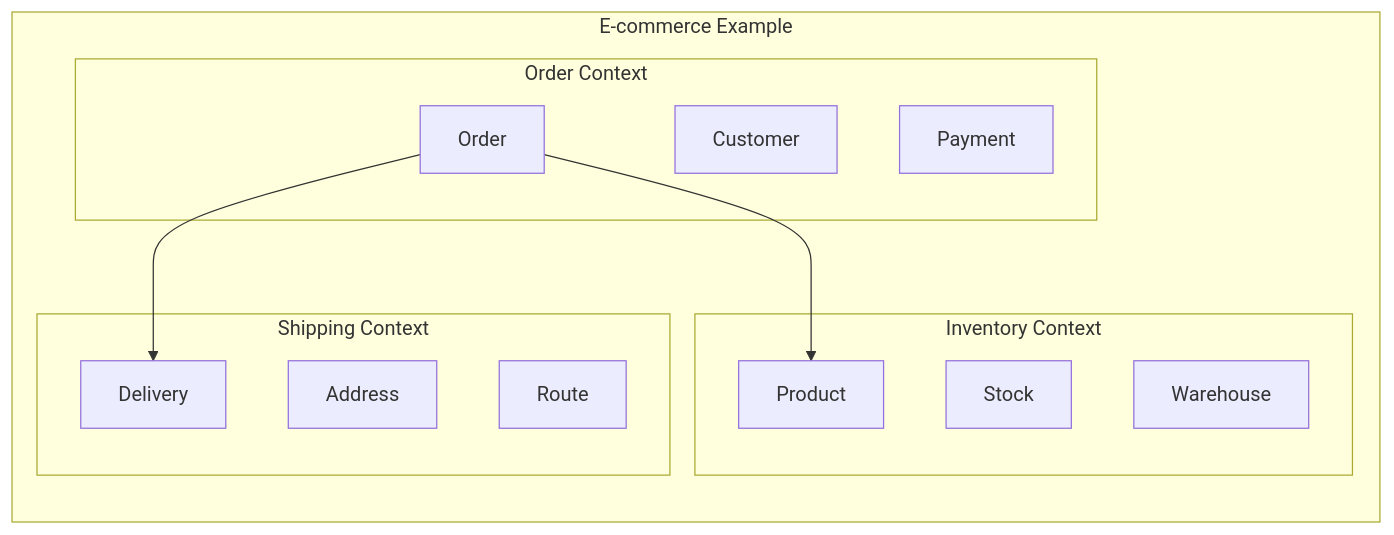
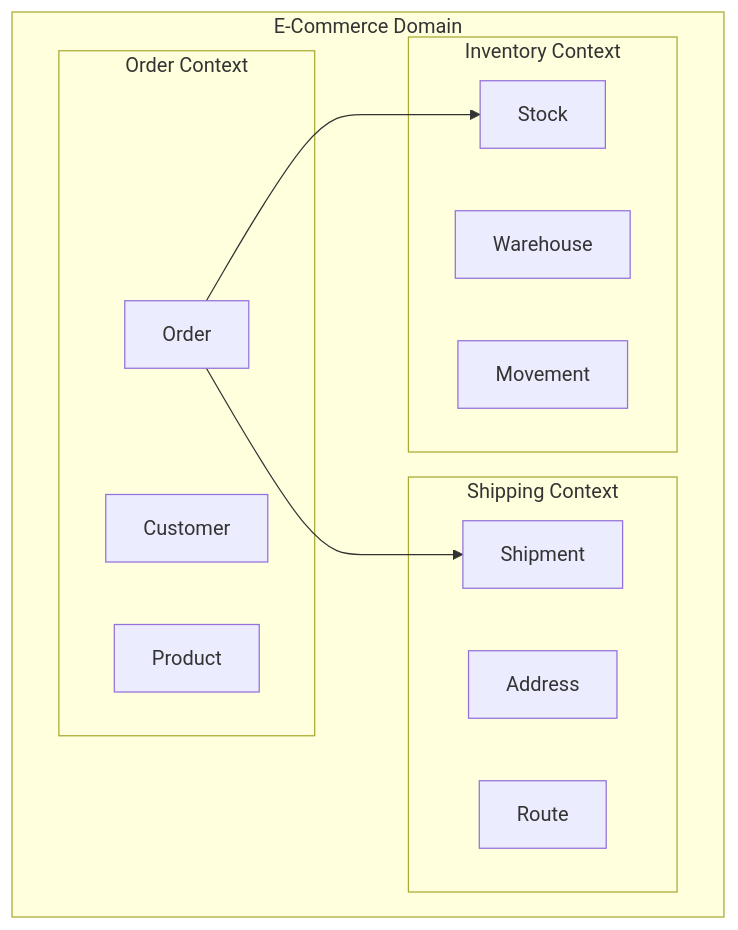
The second of 6 diagrams in src/Domain_Driven_Design.md (saravanakumarrc/Architecture_Journey), drawn with Mermaid before and after one commit. The commit also changed other lines of this file and 7 other files, not shown here.

First line of the commit message:
Refactor Trade-off Analysis documentation and enhance architecture governance models

````diff
--- a/src/Domain_Driven_Design.md
+++ b/src/Domain_Driven_Design.md
@@ -28,27 +33,25 @@
 ```mermaid
 graph TB
-    subgraph "E-commerce Example"
-        direction TB
-        
+    subgraph "E-Commerce Domain"
         subgraph "Order Context"
             O[Order]
             C[Customer]
-            P[Payment]
-        end
-        
-        subgraph "Inventory Context"
-            I[Product]
-            S[Stock]
-            W[Warehouse]
+            P[Product]
         end
         
         subgraph "Shipping Context"
-            D[Delivery]
+            S[Shipment]
             A[Address]
             R[Route]
         end
         
+        subgraph "Inventory Context"
+            I[Stock]
+            W[Warehouse]
+            M[Movement]
+        end
+        
+        O --> S
         O --> I
-        O --> D
     end
 ```
````
